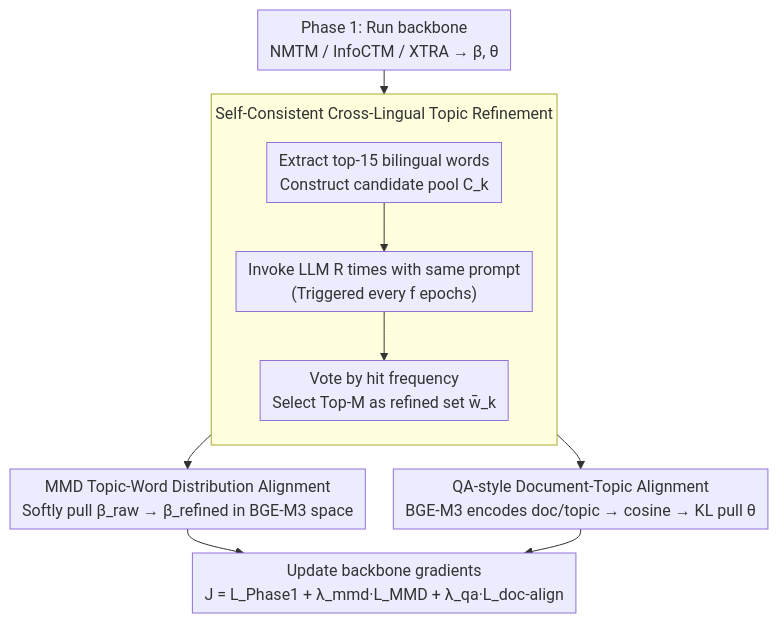
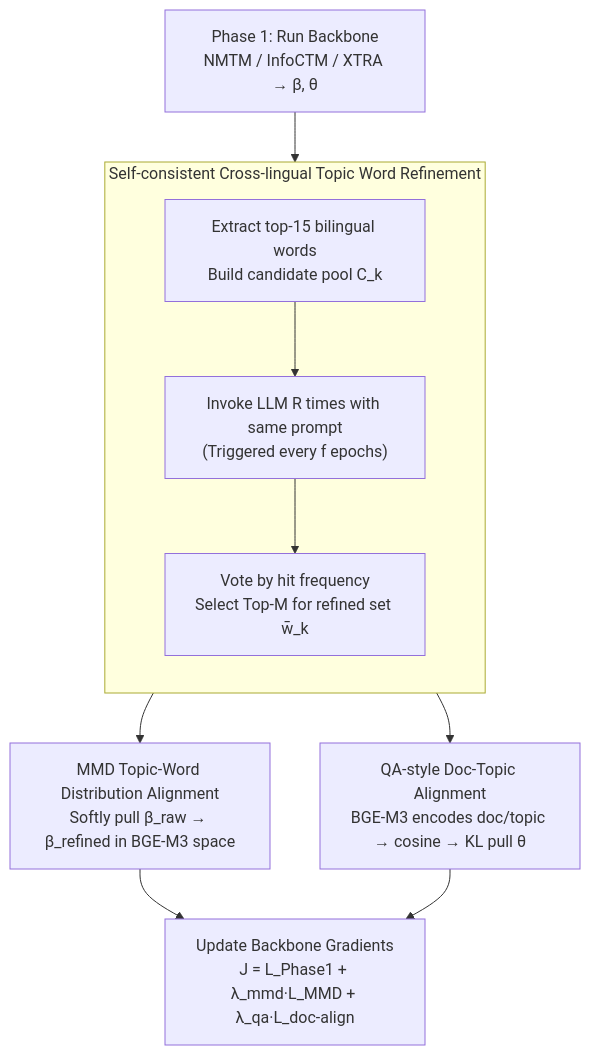
One commit to zhaoyang97/Paper-Notes-en changed the diagram in docs/ACL2026/multilingual_mt/llm-xtm_enhancing_cross-lingual_topic_models_with_large_language_models.md. Above: the diagram before and after it, drawn with Mermaid. The commit also changed other lines of this file and 5084 other files, not shown here.

````diff
--- a/docs/ACL2026/multilingual_mt/llm-xtm_enhancing_cross-lingual_topic_models_with_large_language_models.md
+++ b/docs/ACL2026/multilingual_mt/llm-xtm_enhancing_cross-lingual_topic_models_with_large_language_models.md
@@ -46,14 +46,13 @@
 ```mermaid
-%%{init: {'flowchart': {'rankSpacing': 24, 'nodeSpacing': 28, 'padding': 6, 'wrappingWidth': 400, 'subGraphTitleMargin': {'top': 8, 'bottom': 16}}}}%%
-flowchart TD
-    A["Phase 1: Run backbone<br/>NMTM / InfoCTM / XTRA → β, θ"] --> S1
-    subgraph S1["Self-Consistent Cross-Lingual Topic Refinement"]
+graph TD
+    A["Phase 1: Run Backbone<br/>NMTM / InfoCTM / XTRA → β, θ"] --> S1
+    subgraph S1["Self-consistent Cross-lingual Topic Word Refinement"]
         direction TB
-        B["Extract top-15 bilingual words<br/>Construct candidate pool C_k"] --> C["Invoke LLM R times with same prompt<br/>(Triggered every f epochs)"]
-        C --> D["Vote by hit frequency<br/>Select Top-M as refined set w̄_k"]
+        B["Extract top-15 bilingual words<br/>Build candidate pool C_k"] --> C["Invoke LLM R times with same prompt<br/>(Triggered every f epochs)"]
+        C --> D["Vote by hit frequency<br/>Select Top-M for refined set w̄_k"]
     end
     S1 --> E["MMD Topic-Word Distribution Alignment<br/>Softly pull β_raw → β_refined in BGE-M3 space"]
-    S1 --> F["QA-style Document-Topic Alignment<br/>BGE-M3 encodes doc/topic → cosine → KL pull θ"]
-    E --> G["Update backbone gradients<br/>J = L_Phase1 + λ_mmd·L_MMD + λ_qa·L_doc-align"]
+    S1 --> F["QA-style Doc-Topic Alignment<br/>BGE-M3 encodes doc/topic → cosine → KL pull θ"]
+    E --> G["Update Backbone Gradients<br/>J = L_Phase1 + λ_mmd·L_MMD + λ_qa·L_doc-align"]
     F --> G
 ```
````
